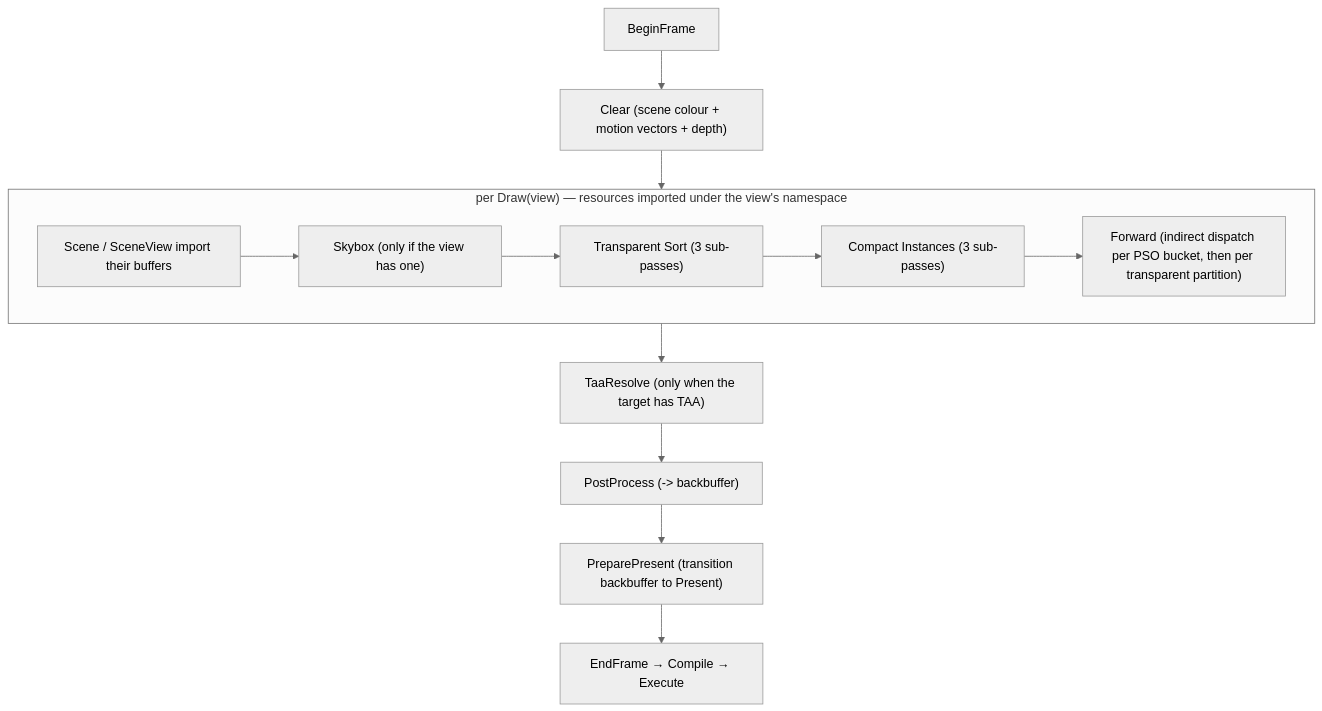
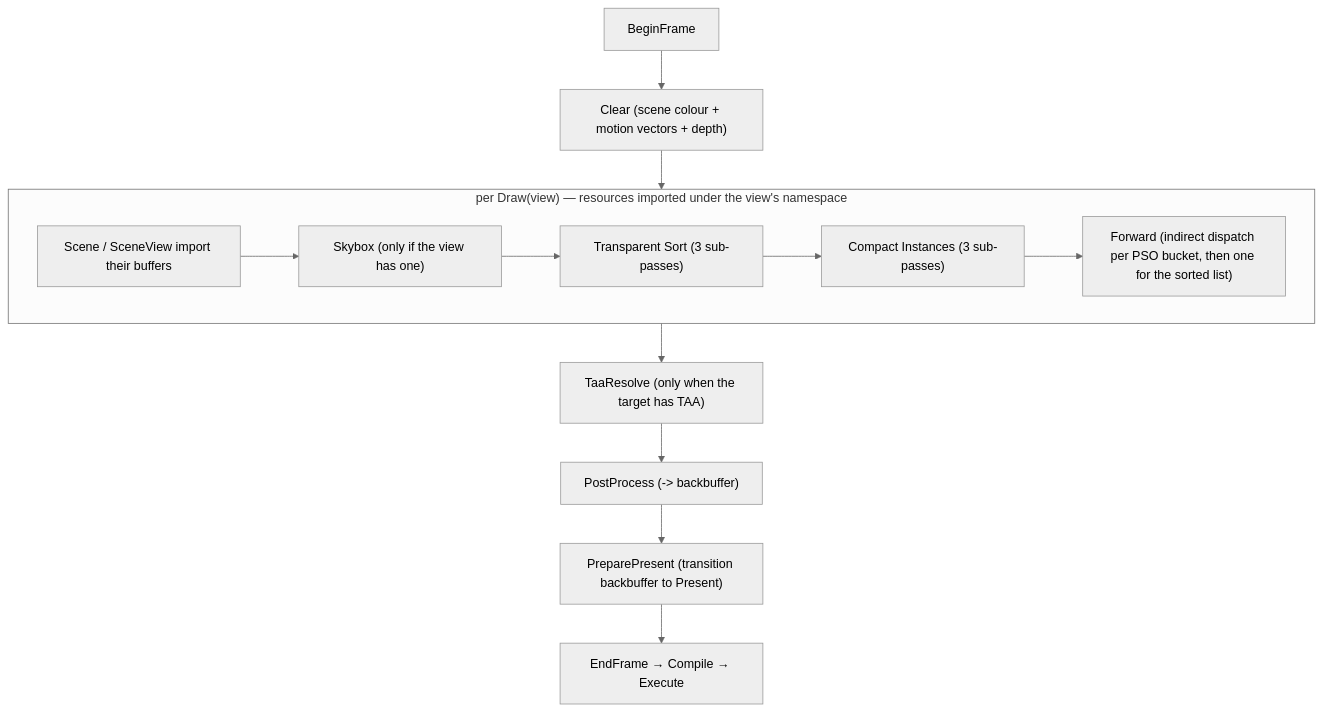
One commit to alexjiang200407/bernini changed the diagram in docs/passes.md. Above: the diagram before and after it, drawn with Mermaid (neutral theme). The commit also changed other lines of this file and 13 other files, not shown here.

````diff
--- a/docs/passes.md
+++ b/docs/passes.md
@@ -24,15 +24,15 @@
 ```mermaid
 flowchart TD
     BF["BeginFrame"] --> CLR["Clear (scene colour + motion vectors + depth)"]
     CLR --> D["per Draw(view)"]
     subgraph D["per Draw(view) — resources imported under the view's namespace"]
         IMP["Scene / SceneView import their buffers"] --> SKY["Skybox (only if the view has one)"]
         SKY --> TS["Transparent Sort (3 sub-passes)"]
         TS --> CI["Compact Instances (3 sub-passes)"]
-        CI --> FWD["Forward (indirect dispatch per PSO bucket, then per transparent partition)"]
+        CI --> FWD["Forward (indirect dispatch per PSO bucket, then one for the sorted list)"]
     end
     D --> TAA["TaaResolve (only when the target has TAA)"]
     TAA --> PPX["PostProcess (-> backbuffer)"]
     PPX --> PP["PreparePresent (transition backbuffer to Present)"]
     PP --> EF["EndFrame → Compile → Execute"]
 ```
````
